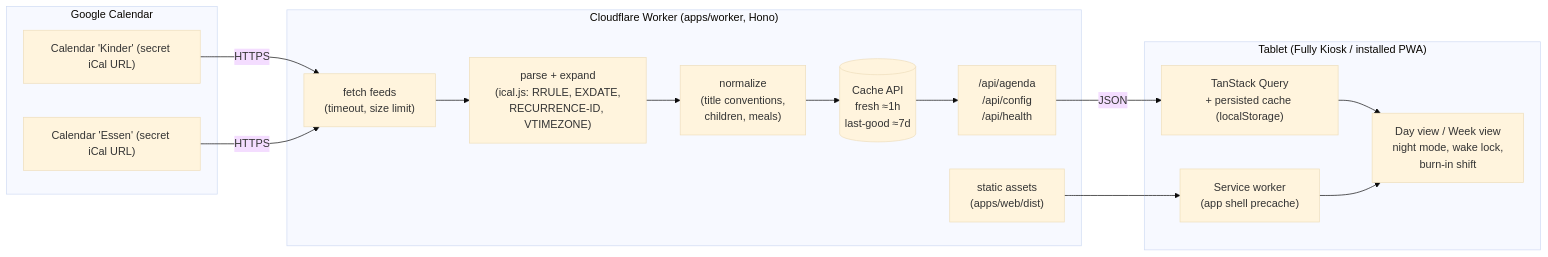
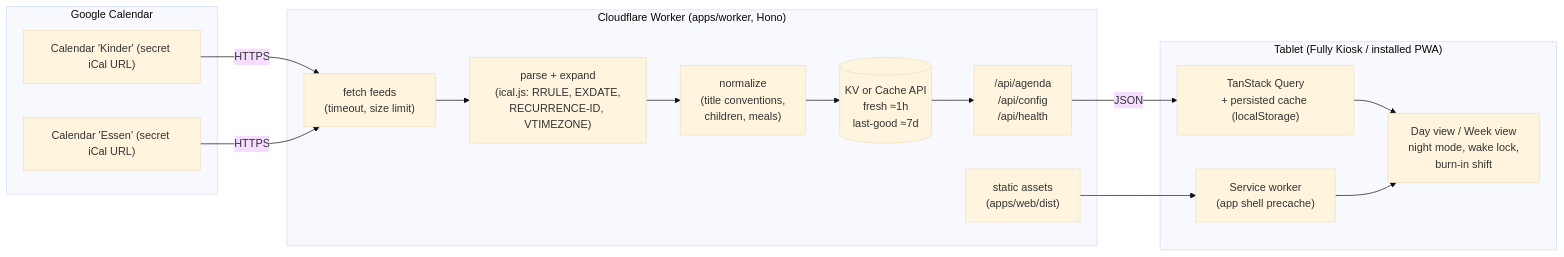
Before and after one commit to FinkeFlo/KidBoard: the diagram in docs/ARCHITECTURE.md, drawn with Mermaid (base theme). The commit also changed other lines of this file and 33 other files, not shown here.

Commit message:
feat(worker): serve agenda, config and health api with kv cache (T-10)

````diff
--- a/docs/ARCHITECTURE.md
+++ b/docs/ARCHITECTURE.md
@@ -14,28 +14,28 @@
 ```mermaid
 flowchart LR
   subgraph Google["Google Calendar"]
     K["Calendar 'Kinder' (secret iCal URL)"]
     E["Calendar 'Essen' (secret iCal URL)"]
   end
 
   subgraph Worker["Cloudflare Worker (apps/worker, Hono)"]
     F["fetch feeds<br/>(timeout, size limit)"]
     P["parse + expand<br/>(ical.js: RRULE, EXDATE,<br/>RECURRENCE-ID, VTIMEZONE)"]
     N["normalize<br/>(title conventions,<br/>children, meals)"]
-    C[("Cache API<br/>fresh ≈1h<br/>last-good ≈7d")]
+    C[("KV or Cache API<br/>fresh ≈1h<br/>last-good ≈7d")]
     A["/api/agenda<br/>/api/config<br/>/api/health"]
     S["static assets<br/>(apps/web/dist)"]
   end
 
   subgraph Tablet["Tablet (Fully Kiosk / installed PWA)"]
     SW["Service worker<br/>(app shell precache)"]
     Q["TanStack Query<br/>+ persisted cache (localStorage)"]
     V["Day view / Week view<br/>night mode, wake lock,<br/>burn-in shift"]
   end
 
   K -- HTTPS --> F
   E -- HTTPS --> F
   F --> P --> N --> C --> A
   A -- JSON --> Q --> V
   S --> SW --> V
 ```
````
